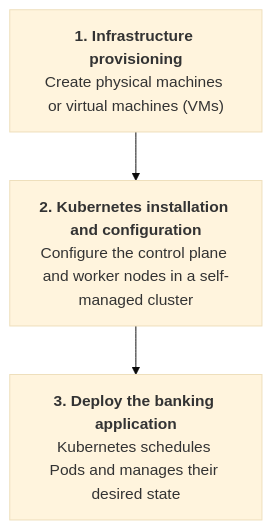
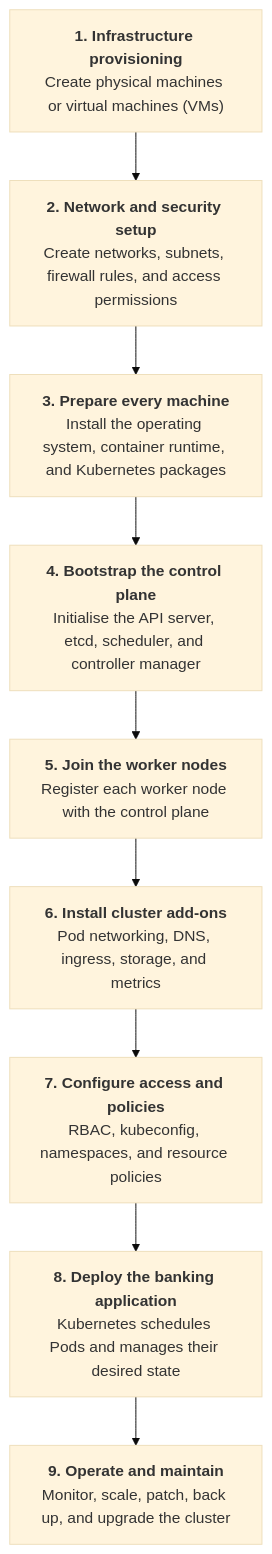
Before and after one commit to piyalidas10/Docker: the first of 2 diagrams in 35-Kubernetes_Limitations/README.md, drawn with Mermaid (base theme). The commit also changed other lines of this file, not shown here.

````diff
--- a/35-Kubernetes_Limitations/README.md
+++ b/35-Kubernetes_Limitations/README.md
@@ -11,7 +11,13 @@
 ```mermaid
 flowchart TD
     A["<b>1. Infrastructure provisioning</b><br/>Create physical machines or virtual machines (VMs)"]
-    B["<b>2. Kubernetes installation and configuration</b><br/>Configure the control plane and worker nodes in a self-managed cluster"]
-    C["<b>3. Deploy the banking application</b><br/>Kubernetes schedules Pods and manages their desired state"]
-    A --> B --> C
+    B["<b>2. Network and security setup</b><br/>Create networks, subnets, firewall rules, and access permissions"]
+    C["<b>3. Prepare every machine</b><br/>Install the operating system, container runtime, and Kubernetes packages"]
+    D["<b>4. Bootstrap the control plane</b><br/>Initialise the API server, etcd, scheduler, and controller manager"]
+    E["<b>5. Join the worker nodes</b><br/>Register each worker node with the control plane"]
+    F["<b>6. Install cluster add-ons</b><br/>Pod networking, DNS, ingress, storage, and metrics"]
+    G["<b>7. Configure access and policies</b><br/>RBAC, kubeconfig, namespaces, and resource policies"]
+    H["<b>8. Deploy the banking application</b><br/>Kubernetes schedules Pods and manages their desired state"]
+    I["<b>9. Operate and maintain</b><br/>Monitor, scale, patch, back up, and upgrade the cluster"]
+    A --> B --> C --> D --> E --> F --> G --> H --> I
 ```
````
